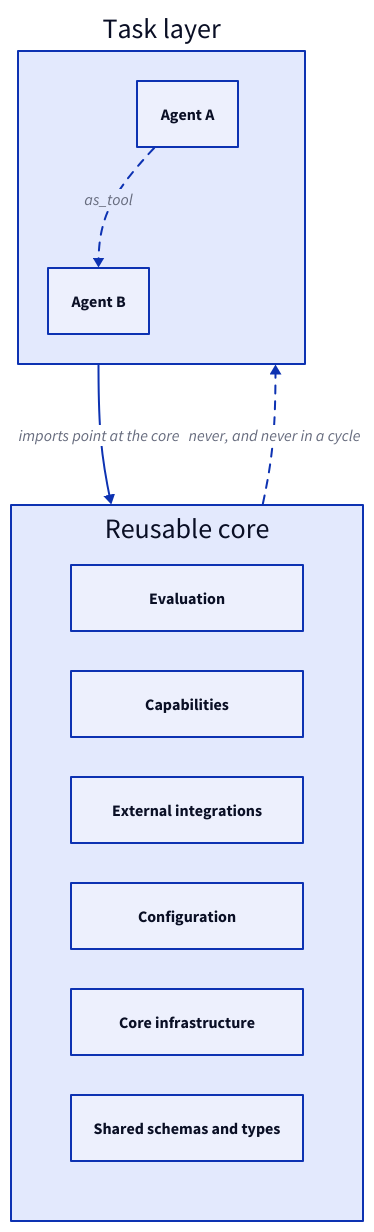
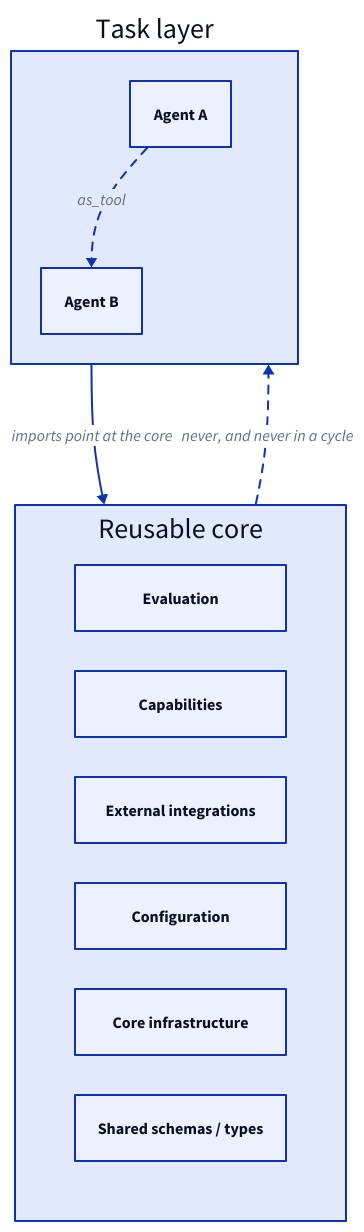
The diagram in docs/engineering/codebase-structure.md (mesagroup/ai-agent-development-handbook), drawn with D2 before and after one commit.

Commit message:
docs(lidia-tech/lidia-agents#537): name the schema tier as the tier table names it
The Part 3 diagram called the bottom tier 'Shared schemas and types' while
the table above it says 'Shared schemas / types'. A diagram that renames a
concept the prose has already named makes the reader check whether two
things are meant.

Refs lidia-tech/lidia-agents#537

````diff
--- a/docs/engineering/codebase-structure.md
+++ b/docs/engineering/codebase-structure.md
@@ -25,19 +25,19 @@
 ```d2 title="Tiers, and the direction an import may point"
 task: Task layer {
   direction: right
   a: Agent A
   b: Agent B
   a -> b: as_tool {style.stroke-dash: 4}
 }
 core: Reusable core {
   grid-columns: 1
   ev: Evaluation
   cap: Capabilities
   integ: External integrations
   conf: Configuration
   infra: Core infrastructure
-  types: Shared schemas and types
+  types: "Shared schemas / types"
 }
 task -> core: imports point at the core
 core -> task: never, and never in a cycle {style.stroke-dash: 4}
 ```
````
